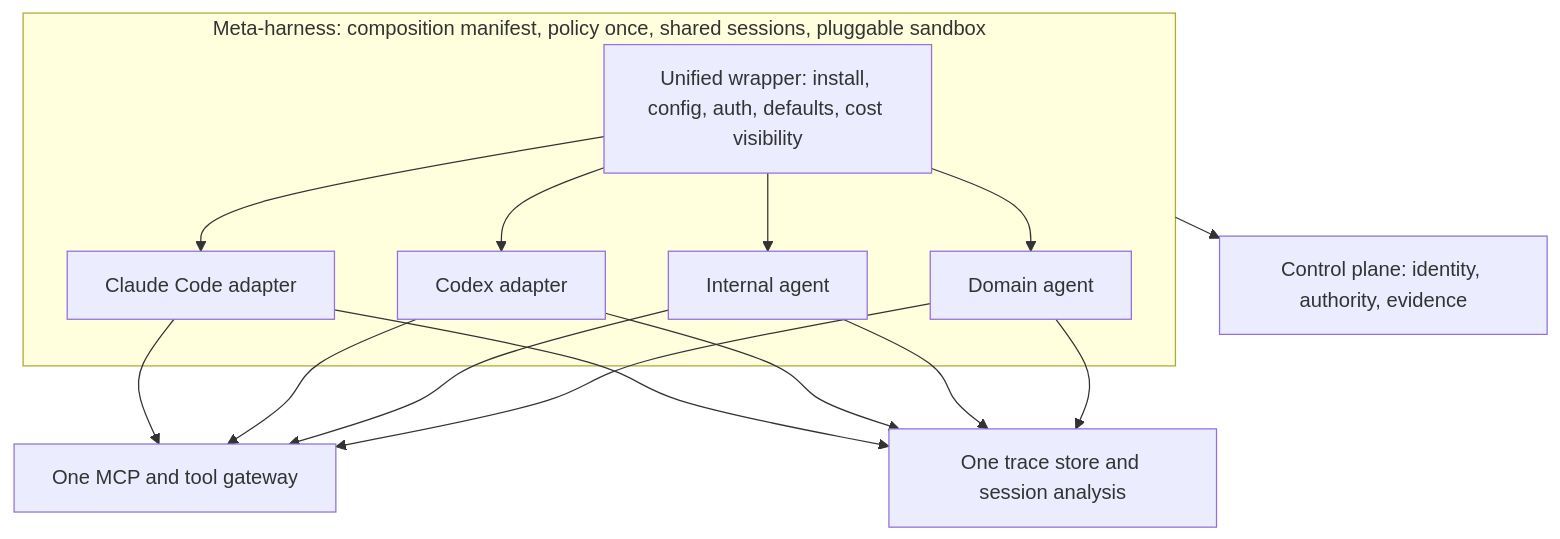
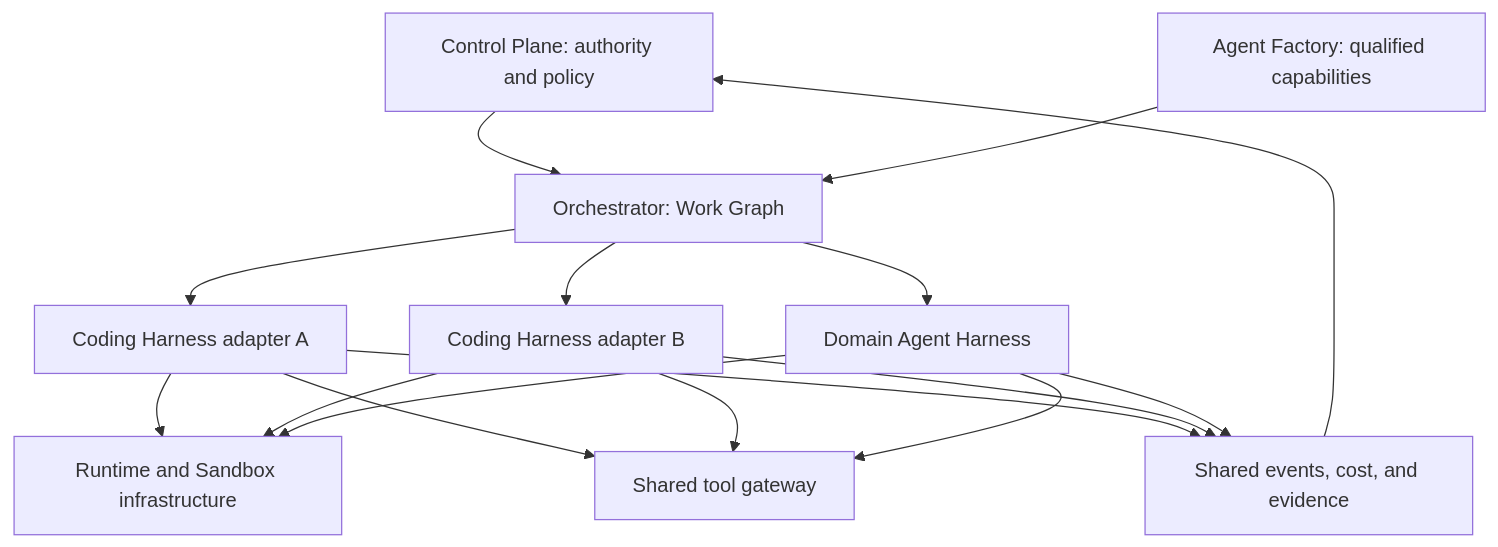
The third of 4 diagrams in guide/03-build/15-coding-harnesses-and-agent-protocols.md (jaydubya818/ai-software-factory-mastery), drawn with Mermaid before and after one commit. The commit also changed other lines of this file and 27 other files, not shown here.

````diff
--- a/guide/03-build/15-coding-harnesses-and-agent-protocols.md
+++ b/guide/03-build/15-coding-harnesses-and-agent-protocols.md
@@ -235,13 +224,12 @@
 ```mermaid
 flowchart TB
-    subgraph Meta["Meta-harness: composition manifest, policy once, shared sessions, pluggable sandbox"]
-        Wrapper["Unified wrapper: install, config, auth, defaults, cost visibility"]
-        Wrapper --> H1["Claude Code adapter"]
-        Wrapper --> H2["Codex adapter"]
-        Wrapper --> H3["Internal agent"]
-        Wrapper --> H4["Domain agent"]
-    end
-    H1 & H2 & H3 & H4 --> GW["One MCP and tool gateway"]
-    H1 & H2 & H3 & H4 --> Traces["One trace store and session analysis"]
-    Meta --> CP["Control plane: identity, authority, evidence"]
+    CP["Control Plane: authority and policy"] --> O["Orchestrator: Work Graph"]
+    AF["Agent Factory: qualified capabilities"] --> O
+    O --> H1["Coding Harness adapter A"]
+    O --> H2["Coding Harness adapter B"]
+    O --> H3["Domain Agent Harness"]
+    H1 & H2 & H3 --> R["Runtime and Sandbox infrastructure"]
+    H1 & H2 & H3 --> GW["Shared tool gateway"]
+    H1 & H2 & H3 --> Traces["Shared events, cost, and evidence"]
+    Traces --> CP
 ```
````
